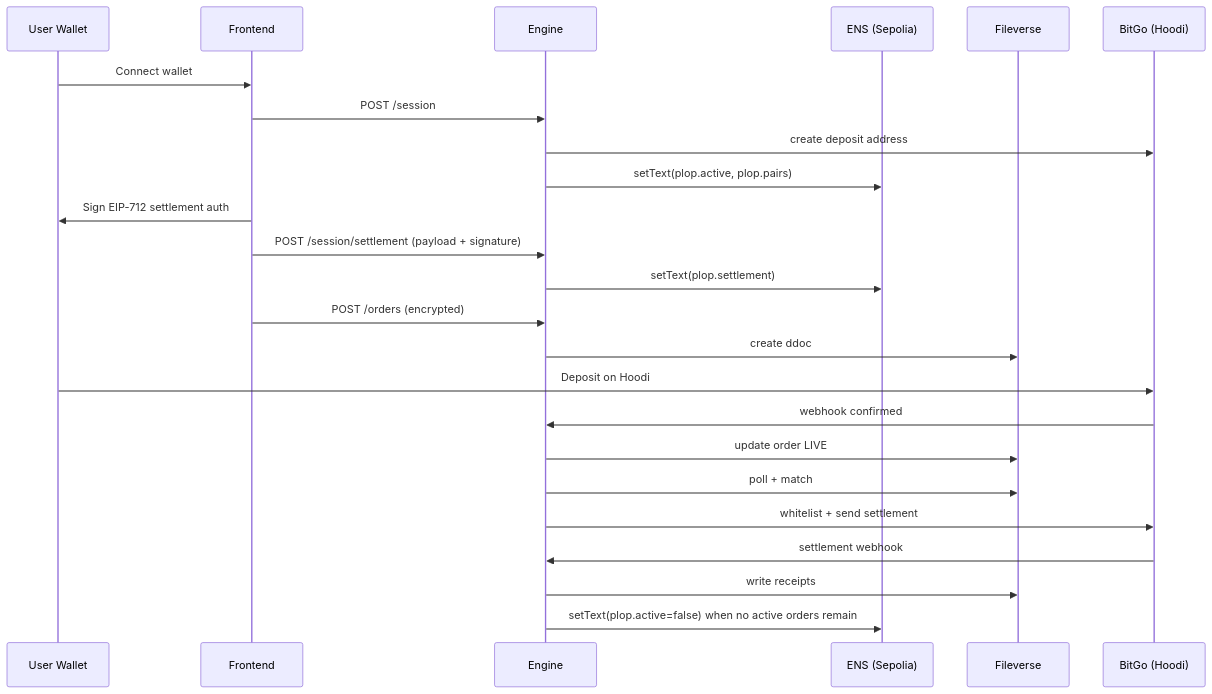
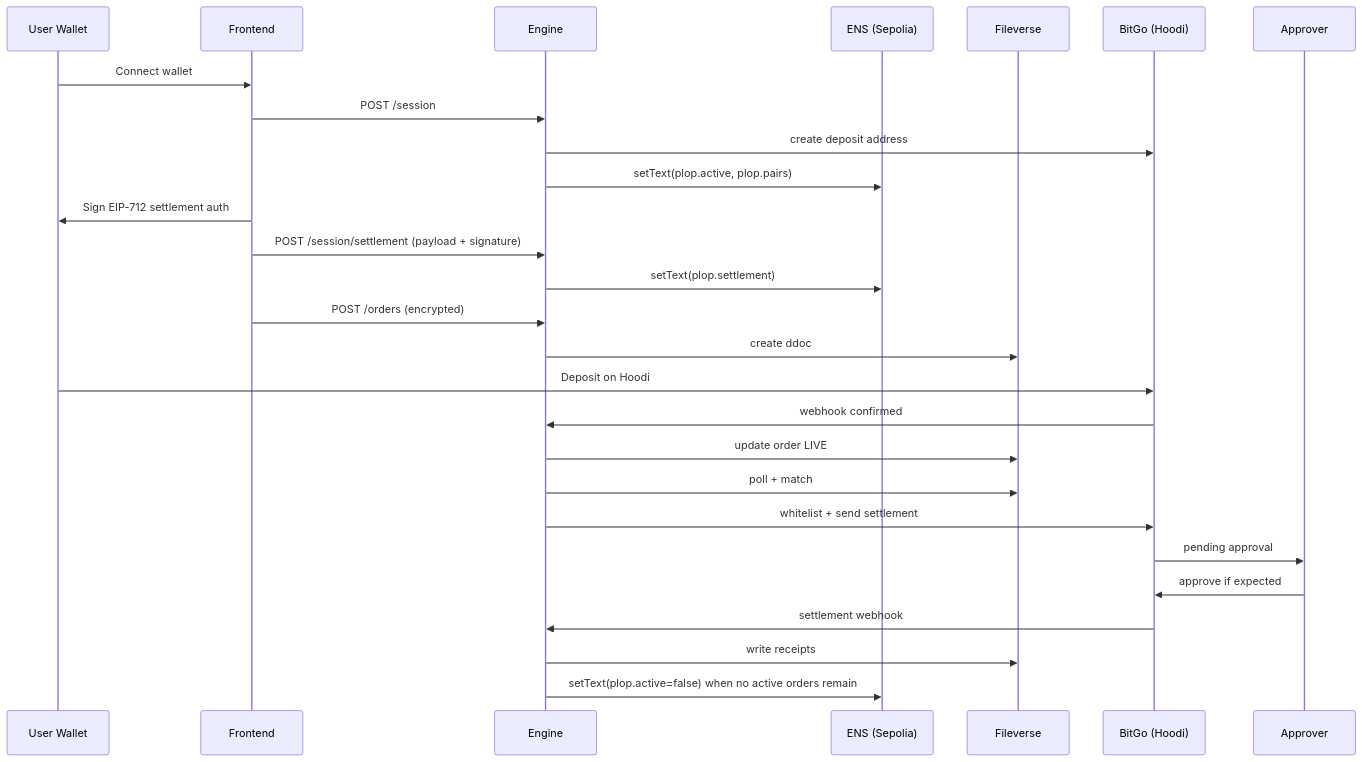
Before and after one commit to juSt-jeLLy/PLOP: the second of 2 diagrams in README.md, drawn with Mermaid. The commit also changed other lines of this file, not shown here.

Commit message:
Update README with approver flow

````diff
--- a/README.md
+++ b/README.md
@@ -122,30 +129,33 @@
 ```mermaid
 sequenceDiagram
   participant U as User Wallet
   participant UI as Frontend
   participant ENG as Engine
   participant ENS as ENS (Sepolia)
   participant FV as Fileverse
   participant BG as BitGo (Hoodi)
+  participant APP as Approver
 
   U->>UI: Connect wallet
   UI->>ENG: POST /session
   ENG->>BG: create deposit address
   ENG->>ENS: setText(plop.active, plop.pairs)
   UI->>U: Sign EIP-712 settlement auth
   UI->>ENG: POST /session/settlement (payload + signature)
   ENG->>ENS: setText(plop.settlement)
 
   UI->>ENG: POST /orders (encrypted)
   ENG->>FV: create ddoc
 
   U->>BG: Deposit on Hoodi
   BG->>ENG: webhook confirmed
   ENG->>FV: update order LIVE
 
   ENG->>FV: poll + match
   ENG->>BG: whitelist + send settlement
+  BG->>APP: pending approval
+  APP->>BG: approve if expected
   BG->>ENG: settlement webhook
   ENG->>FV: write receipts
   ENG->>ENS: setText(plop.active=false) when no active orders remain
 ```
````
